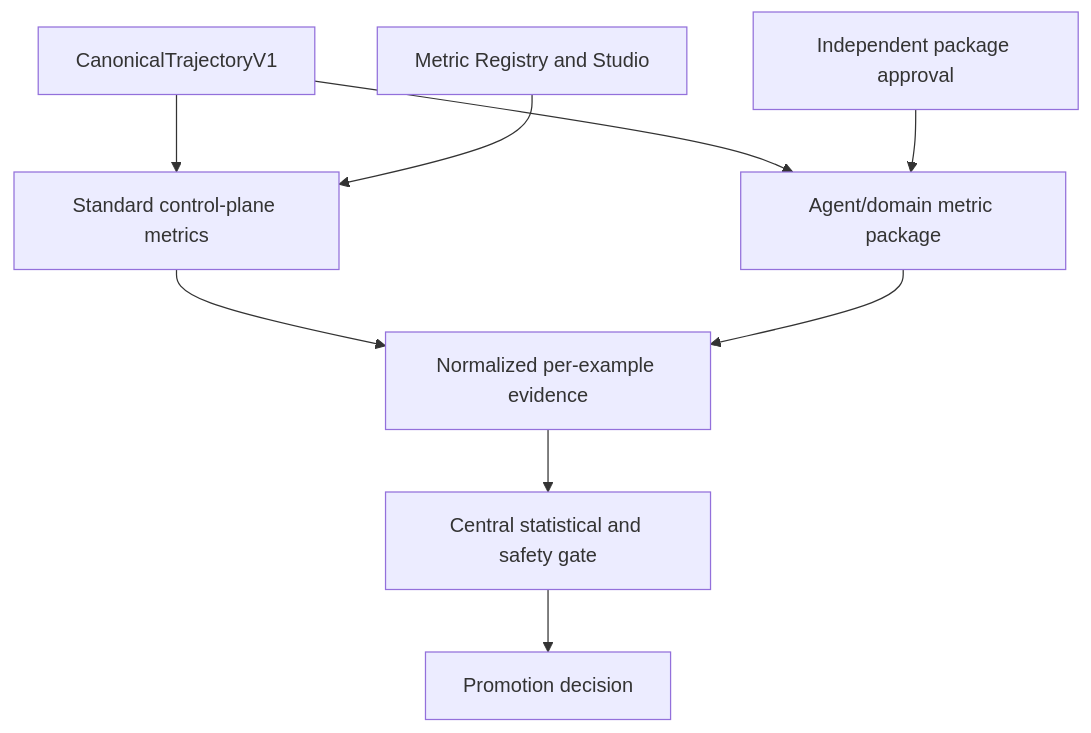
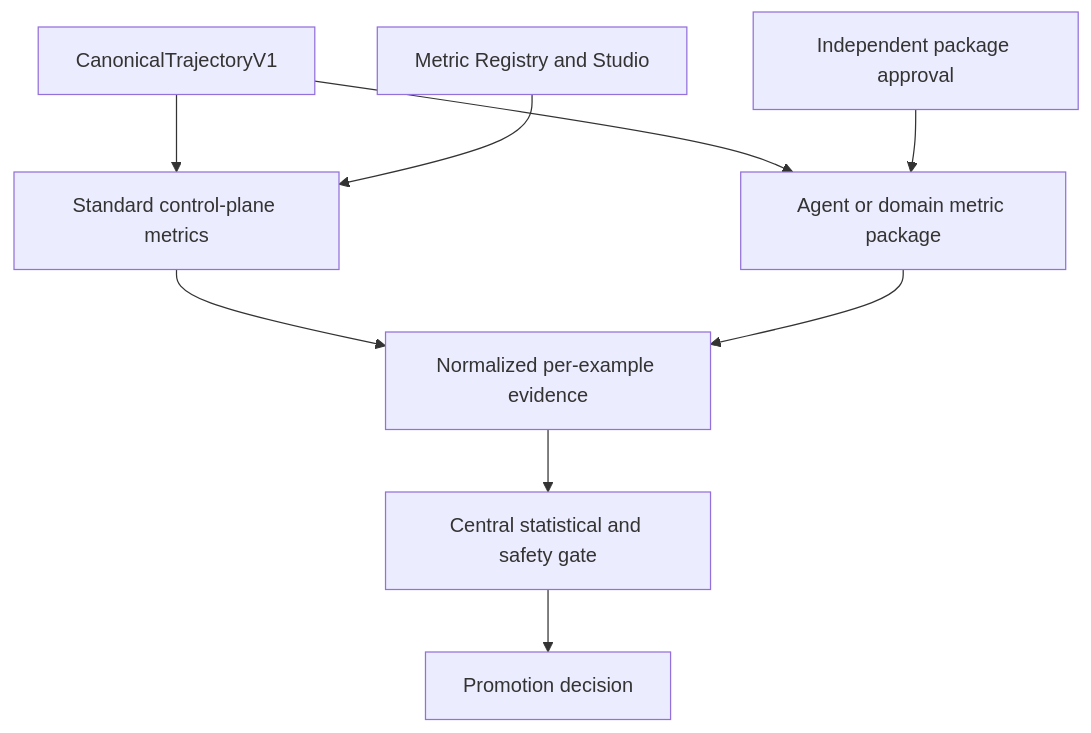
One commit to GMartin-dev/penguiflow changed the fourth of 4 diagrams in docs/proposals/LEARNING_CONTROL_PLANE_EXECUTIVE_OPTIONS.md. Above: the diagram before and after it, drawn with Mermaid. The commit also changed other lines of this file, not shown here.

````diff
--- a/docs/proposals/LEARNING_CONTROL_PLANE_EXECUTIVE_OPTIONS.md
+++ b/docs/proposals/LEARNING_CONTROL_PLANE_EXECUTIVE_OPTIONS.md
@@ -225,14 +224,14 @@
 ```mermaid
 flowchart TB
-    CT[CanonicalTrajectoryV1] --> SM[Standard control-plane metrics]
-    CT --> DM[Agent/domain metric package]
+    CT["CanonicalTrajectoryV1"] --> SM["Standard control-plane metrics"]
+    CT --> DM["Agent or domain metric package"]
 
-    SM --> E[Normalized per-example evidence]
+    SM --> E["Normalized per-example evidence"]
     DM --> E
 
-    E --> G[Central statistical and safety gate]
-    G --> P[Promotion decision]
+    E --> G["Central statistical and safety gate"]
+    G --> P["Promotion decision"]
 
-    REG[Metric Registry and Studio] --> SM
-    APPROVAL[Independent package approval] --> DM
+    REG["Metric Registry and Studio"] --> SM
+    APPROVAL["Independent package approval"] --> DM
 ```
````
